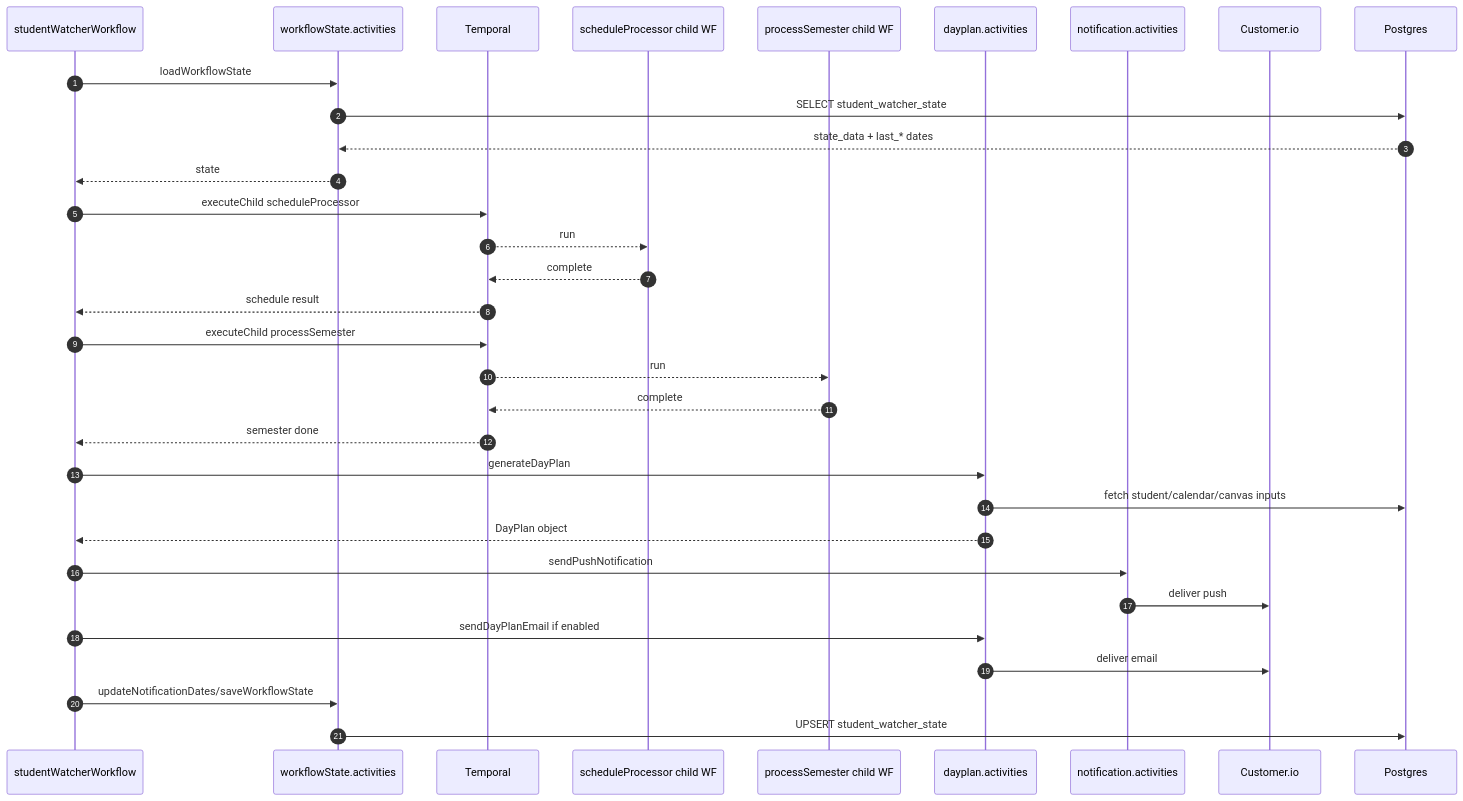
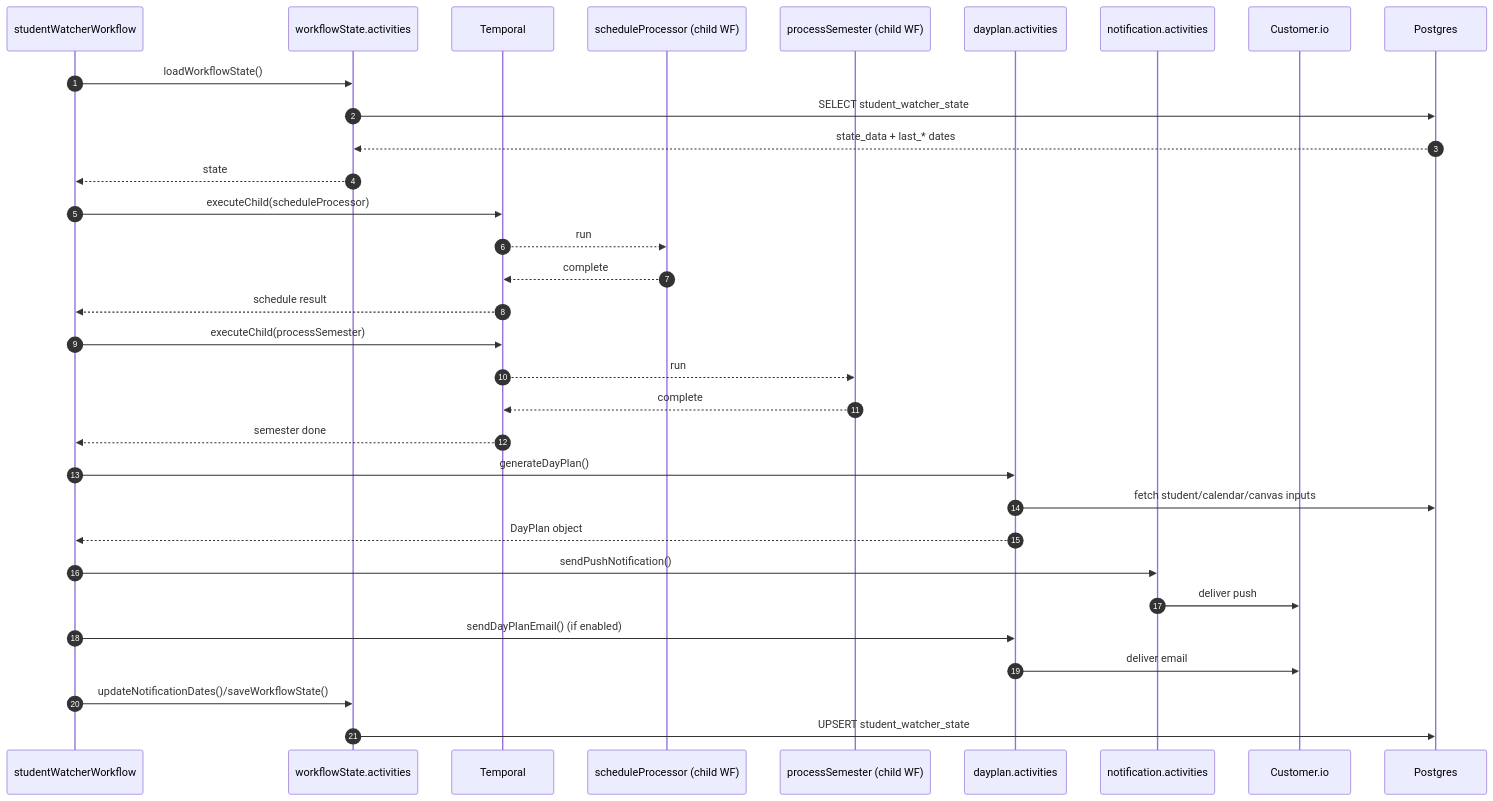
One commit to DormWay/mintlify-docs changed diagram 15 of 23 in docs/engineering/architecture/how-dormway-works.mdx. Above: the diagram before and after it, drawn with Mermaid. The commit also changed other lines of this file and 26 other files, not shown here.

````diff
--- a/docs/engineering/architecture/how-dormway-works.mdx
+++ b/docs/engineering/architecture/how-dormway-works.mdx
@@ -763,40 +763,40 @@
 ```mermaid
 sequenceDiagram
   autonumber
   participant Watcher as studentWatcherWorkflow
   participant State as workflowState.activities
   participant Temporal as Temporal
-  participant Sched as scheduleProcessor child WF
-  participant Sem as processSemester child WF
+  participant Sched as scheduleProcessor (child WF)
+  participant Sem as processSemester (child WF)
   participant DayPlan as dayplan.activities
   participant Notify as notification.activities
   participant CIO as Customer.io
   participant DB as Postgres
 
-  Watcher->>State: loadWorkflowState
+  Watcher->>State: loadWorkflowState()
   State->>DB: SELECT student_watcher_state
   DB-->>State: state_data + last_* dates
   State-->>Watcher: state
 
-  Watcher->>Temporal: executeChild scheduleProcessor
+  Watcher->>Temporal: executeChild(scheduleProcessor)
   Temporal-->>Sched: run
   Sched-->>Temporal: complete
   Temporal-->>Watcher: schedule result
 
-  Watcher->>Temporal: executeChild processSemester
+  Watcher->>Temporal: executeChild(processSemester)
   Temporal-->>Sem: run
   Sem-->>Temporal: complete
   Temporal-->>Watcher: semester done
 
-  Watcher->>DayPlan: generateDayPlan
+  Watcher->>DayPlan: generateDayPlan()
   DayPlan->>DB: fetch student/calendar/canvas inputs
   DayPlan-->>Watcher: DayPlan object
 
-  Watcher->>Notify: sendPushNotification
+  Watcher->>Notify: sendPushNotification()
   Notify->>CIO: deliver push
-  Watcher->>DayPlan: sendDayPlanEmail if enabled
+  Watcher->>DayPlan: sendDayPlanEmail() (if enabled)
   DayPlan->>CIO: deliver email
 
-  Watcher->>State: updateNotificationDates/saveWorkflowState
+  Watcher->>State: updateNotificationDates()/saveWorkflowState()
   State->>DB: UPSERT student_watcher_state
 ```
````
